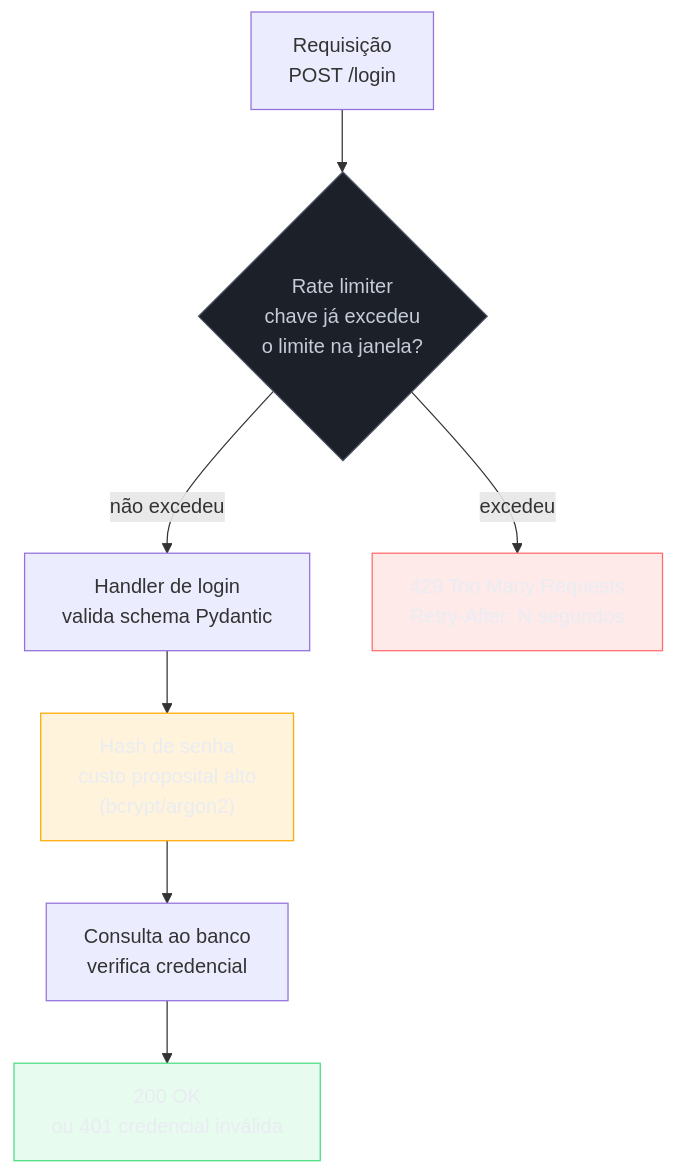
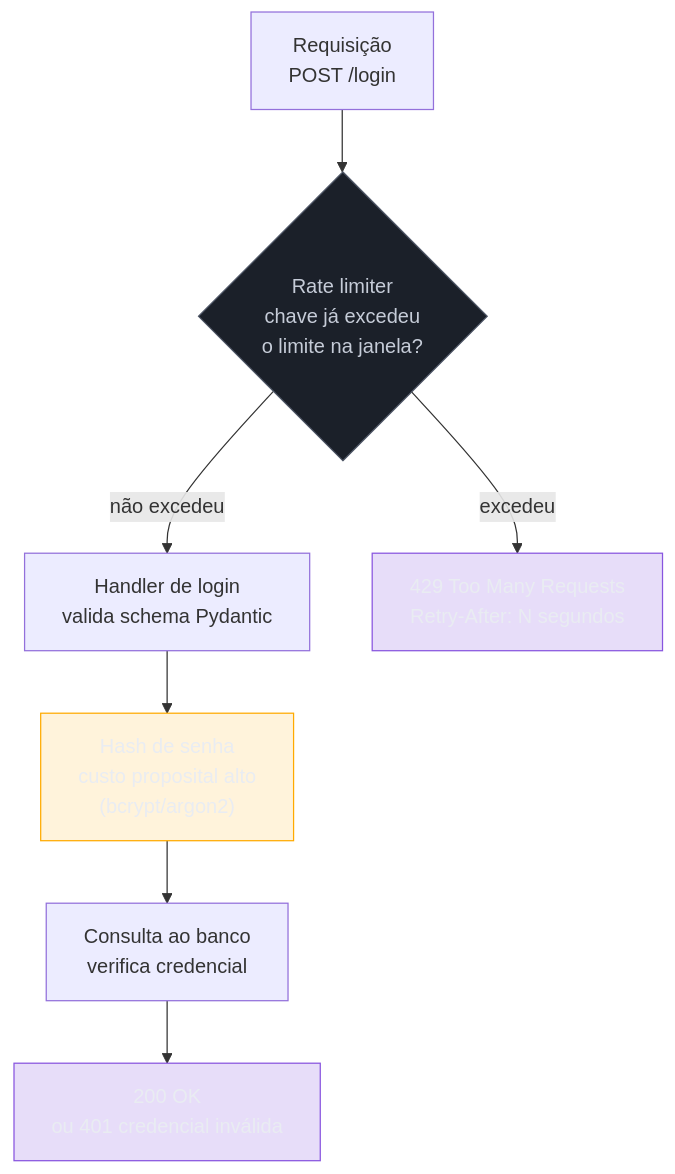
The first of 3 diagrams in 03-Dominios/Tecnologia/Python/Segurança/08 - Rate limiting e proteção contra abuso.md (josenaldo/codex-technomanticus), drawn with Mermaid before and after one commit. The commit also changed other lines of this file and 601 other files, not shown here.

````diff
--- a/03-Dominios/Tecnologia/Python/Segurança/08 - Rate limiting e proteção contra abuso.md
+++ b/03-Dominios/Tecnologia/Python/Segurança/08 - Rate limiting e proteção contra abuso.md
@@ -61,20 +61,19 @@
 ```mermaid
 flowchart TB
+    classDef marca fill:#8855DF33,stroke:#8855DF,color:#E9ECF2
     classDef neutro fill:#1B2029,stroke:#4E5666,color:#C6CCD8
-    classDef falha fill:#FF6B6B24,stroke:#FF6B6B,color:#E9ECF2
     classDef destaque fill:#FFAA0024,stroke:#FFAA00,color:#E9ECF2
-    classDef ok fill:#4ADE8021,stroke:#4ADE80,color:#E9ECF2
     REQ["Requisição\nPOST /login"] --> LIMITER{"Rate limiter\nchave já excedeu\no limite na janela?"}
 
     LIMITER -->|"não excedeu"| HANDLER["Handler de login\nvalida schema Pydantic"]
     HANDLER --> HASH["Hash de senha\ncusto proposital alto\n(bcrypt/argon2)"]
     HASH --> DB["Consulta ao banco\nverifica credencial"]
     DB --> RESP200["200 OK\nou 401 credencial inválida"]
 
     LIMITER -->|"excedeu"| REJ["429 Too Many Requests\nRetry-After: N segundos"]
 
     class LIMITER neutro
-    class REJ falha
+    class REJ marca
     class HASH destaque
-    class RESP200 ok
+    class RESP200 marca
 ```
````
